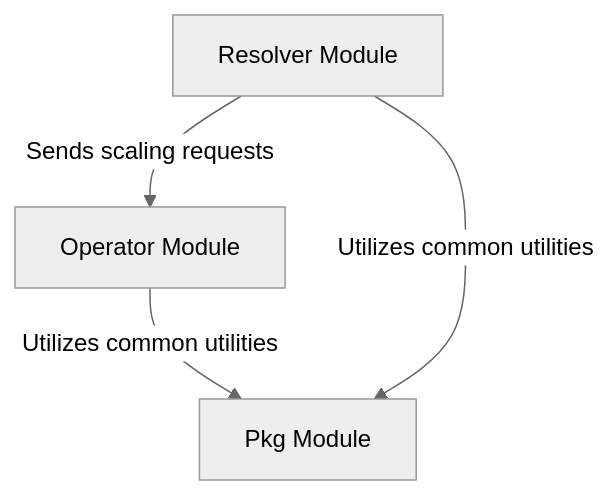
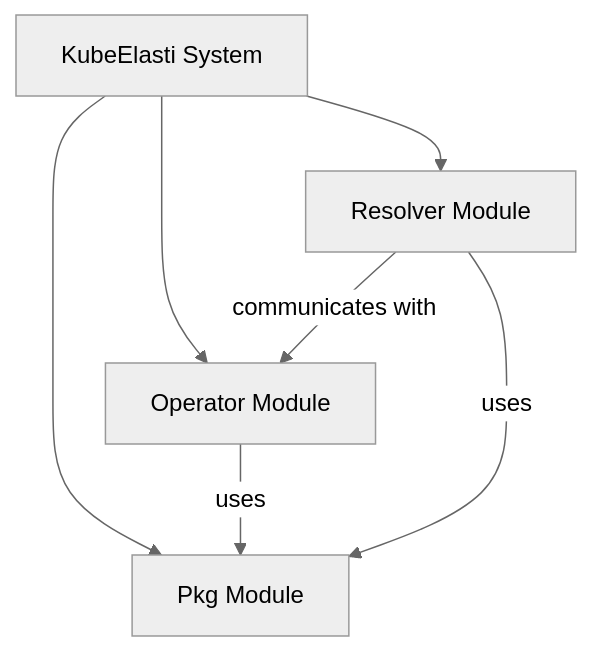
The diagram in demo/repos/KubeElasti/overview.md (ShreyasPatel031/CodeWiki), drawn with Mermaid (neutral theme) before and after one commit. The commit also changed other lines of this file and 55 other files, not shown here.

````diff
--- a/demo/repos/KubeElasti/overview.md
+++ b/demo/repos/KubeElasti/overview.md
@@ -11,14 +13,20 @@
 ```mermaid
 graph TD
-    resolver_node[Resolver Module]
-    operator_node[Operator Module]
-    pkg_node[Pkg Module]
+    kubeelasti[KubeElasti System]
 
-    resolver_node -->|Sends scaling requests| operator_node
-    operator_node -->|Utilizes common utilities| pkg_node
-    resolver_node -->|Utilizes common utilities| pkg_node
+    operator[Operator Module]
+    resolver[Resolver Module]
+    pkg[Pkg Module]
 
-    click resolver_node "resolver.md" "View Resolver Module Documentation"
-    click operator_node "operator.md" "View Operator Module Documentation"
-    click pkg_node "pkg.md" "View Pkg Module Documentation"
+    kubeelasti --> operator
+    kubeelasti --> resolver
+    kubeelasti --> pkg
+
+    resolver -- communicates with --> operator
+    operator -- uses --> pkg
+    resolver -- uses --> pkg
+
+    click operator "operator.md" "View Operator Module Documentation"
+    click resolver "resolver.md" "View Resolver Module Documentation"
+    click pkg "pkg.md" "View Pkg Module Documentation"
 ```
````
